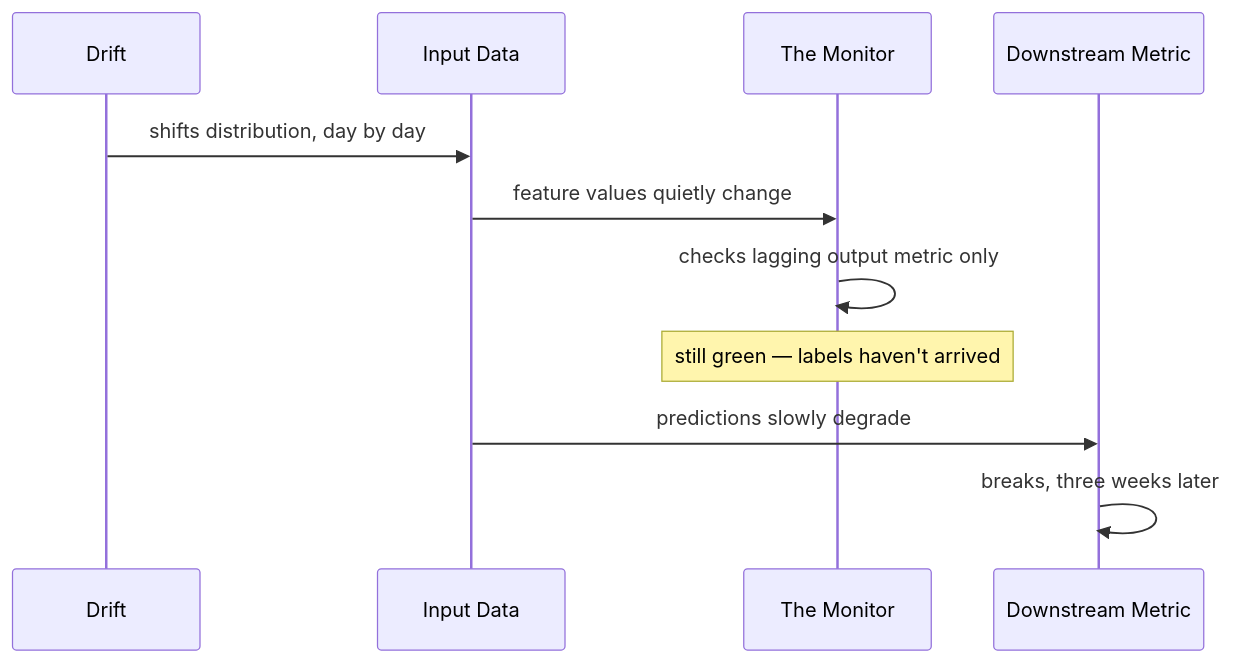
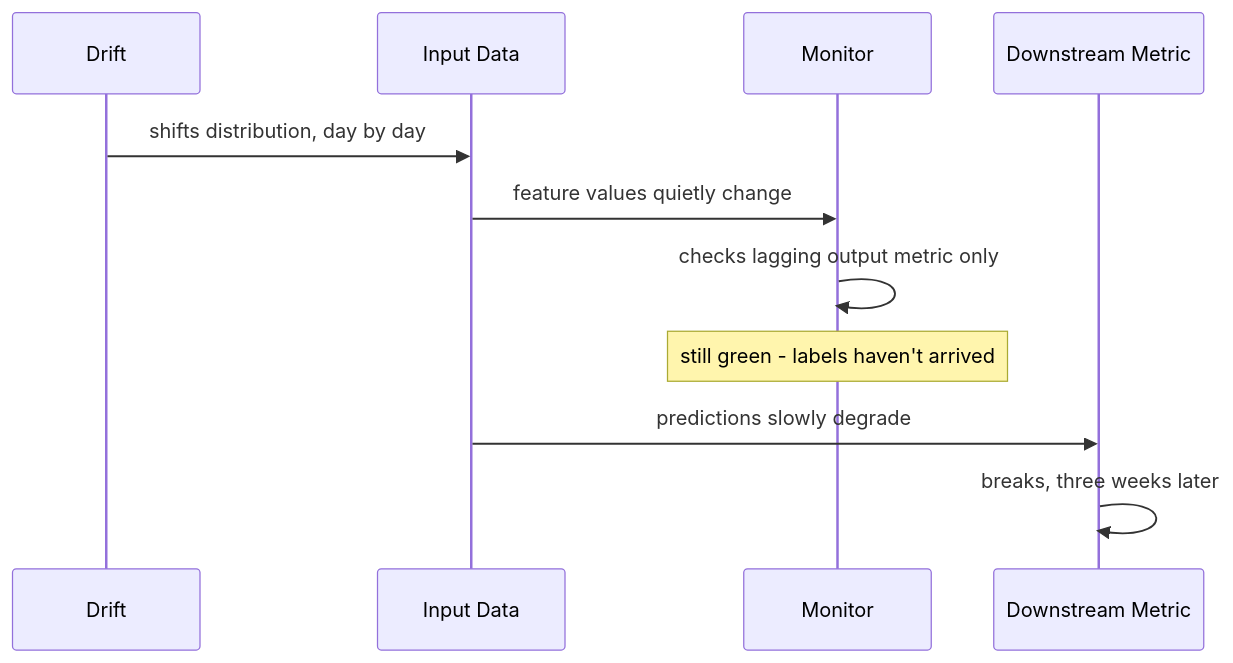
The diagram in src/content/mlops/week-01-drift-walks-the-night-shift.md (SharmilNK/Blog), drawn with Mermaid before and after one commit. The commit also changed other lines of this file and 23 other files, not shown here.

````diff
--- a/src/content/mlops/week-01-drift-walks-the-night-shift.md
+++ b/src/content/mlops/week-01-drift-walks-the-night-shift.md
@@ -53,13 +45,13 @@
 ```mermaid
 sequenceDiagram
     participant D as Drift
     participant I as Input Data
-    participant M as The Monitor
+    participant M as Monitor
     participant Out as Downstream Metric
     D->>I: shifts distribution, day by day
     I->>M: feature values quietly change
     M->>M: checks lagging output metric only
-    Note over M: still green — labels haven't arrived
+    Note over M: still green - labels haven't arrived
     I->>Out: predictions slowly degrade
     Out->>Out: breaks, three weeks later
 ```
````
